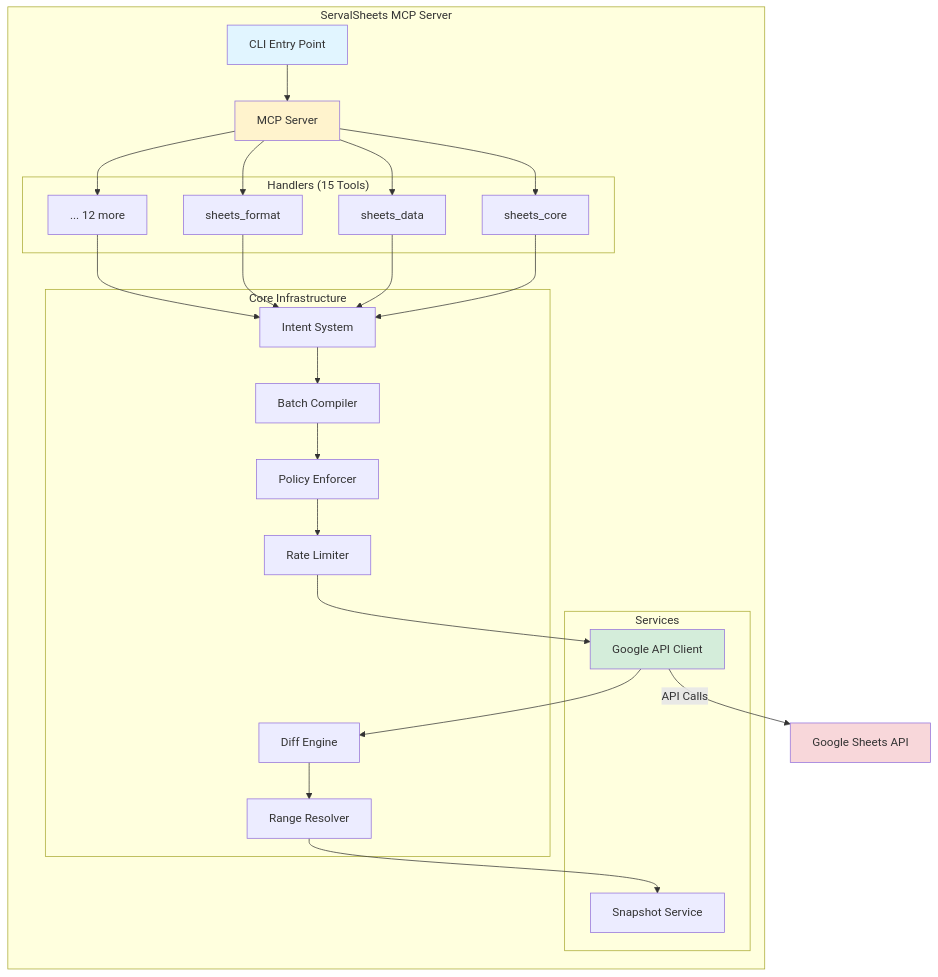
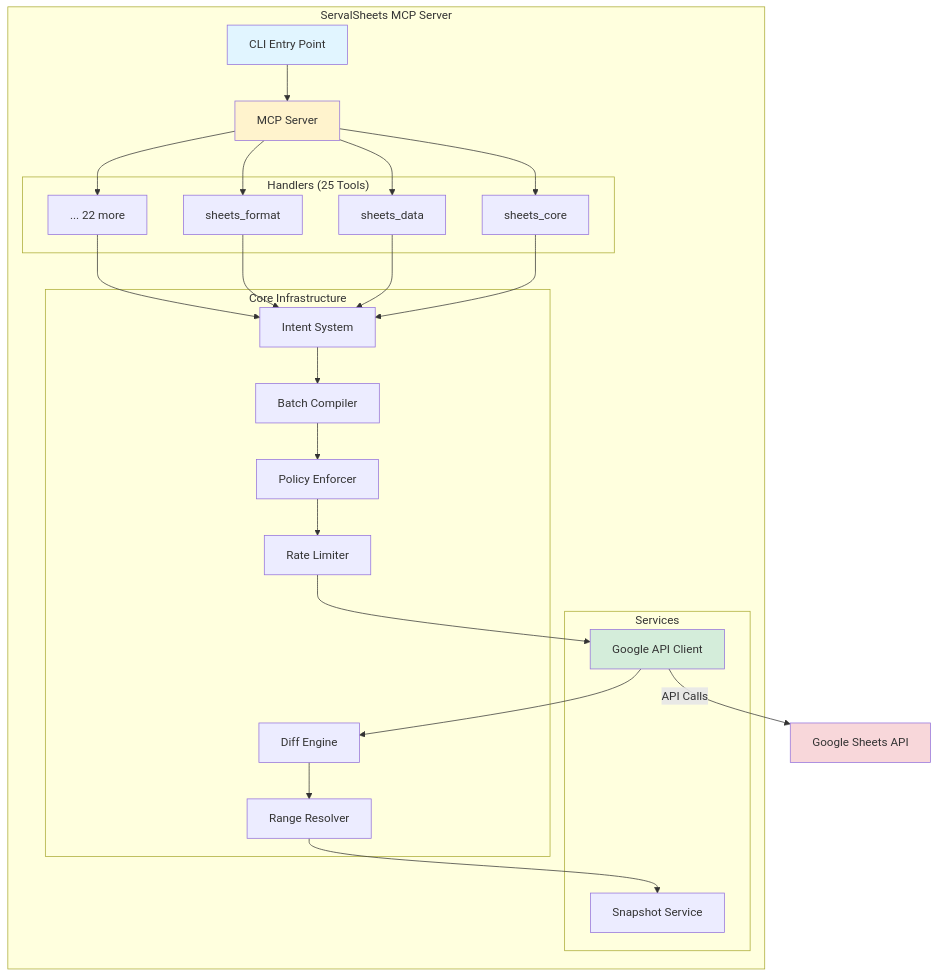
The second of 2 diagrams in README.md (khill1269/servalsheets), drawn with Mermaid before and after one commit. The commit also changed other lines of this file and 1540 other files, not shown here.

````diff
--- a/README.md
+++ b/README.md
@@ -1146,46 +1228,46 @@
 ```mermaid
 graph TB
     subgraph "ServalSheets MCP Server"
         CLI[CLI Entry Point]
         MCP[MCP Server]
 
-        subgraph "Handlers (15 Tools)"
+        subgraph "Handlers (25 Tools)"
             H1[sheets_core]
             H2[sheets_data]
             H3[sheets_format]
-            H4[... 12 more]
+            H4[... 22 more]
         end
 
         subgraph "Core Infrastructure"
             Intent[Intent System]
             Compiler[Batch Compiler]
             RateLimit[Rate Limiter]
             Diff[Diff Engine]
             Policy[Policy Enforcer]
             Range[Range Resolver]
         end
 
         subgraph "Services"
             GoogleAPI[Google API Client]
             Snapshot[Snapshot Service]
         end
 
         CLI --> MCP
         MCP --> H1 & H2 & H3 & H4
         H1 & H2 & H3 & H4 --> Intent
         Intent --> Compiler
         Compiler --> Policy
         Policy --> RateLimit
         RateLimit --> GoogleAPI
         GoogleAPI --> Diff
         Diff --> Range
         Range --> Snapshot
     end
 
     GoogleAPI -->|API Calls| Google[Google Sheets API]
 
     style CLI fill:#e1f5ff
     style MCP fill:#fff3cd
     style GoogleAPI fill:#d4edda
     style Google fill:#f8d7da
 ```
````
